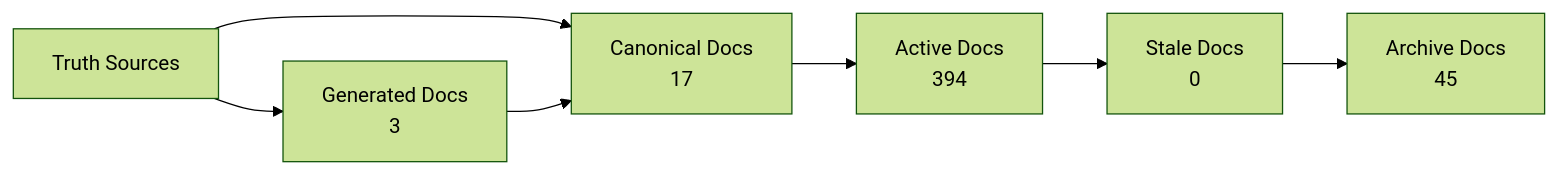
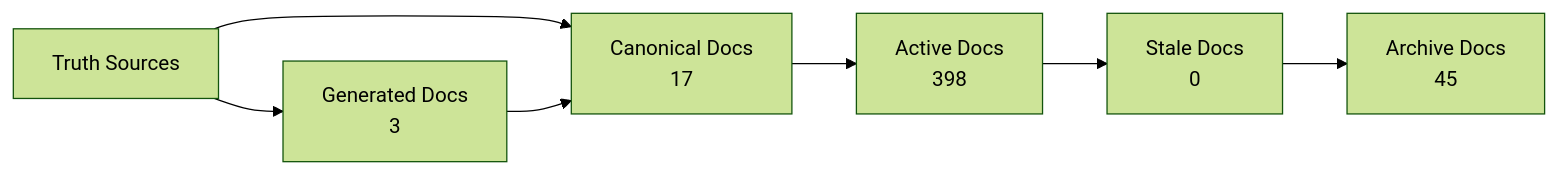
One commit to Latimer-Woods-Tech/Factory changed the diagram in docs/_generated/docs-trust-map.md. Above: the diagram before and after it, drawn with Mermaid (forest theme). The commit also changed other lines of this file and 8 other files, not shown here.

````diff
--- a/docs/_generated/docs-trust-map.md
+++ b/docs/_generated/docs-trust-map.md
@@ -20,14 +20,14 @@
 ```mermaid
 flowchart LR
   truth["Truth Sources"] --> canonical["Canonical Docs"]
   canonical --> active["Active Docs"]
   active --> stale["Stale Docs"]
   stale --> archive["Archive Docs"]
   canonical["Canonical Docs\n17"]
-  active["Active Docs\n394"]
+  active["Active Docs\n398"]
   stale["Stale Docs\n0"]
   archive["Archive Docs\n45"]
   generated["Generated Docs\n3"]
   truth --> generated
   generated --> canonical
 ```
````
